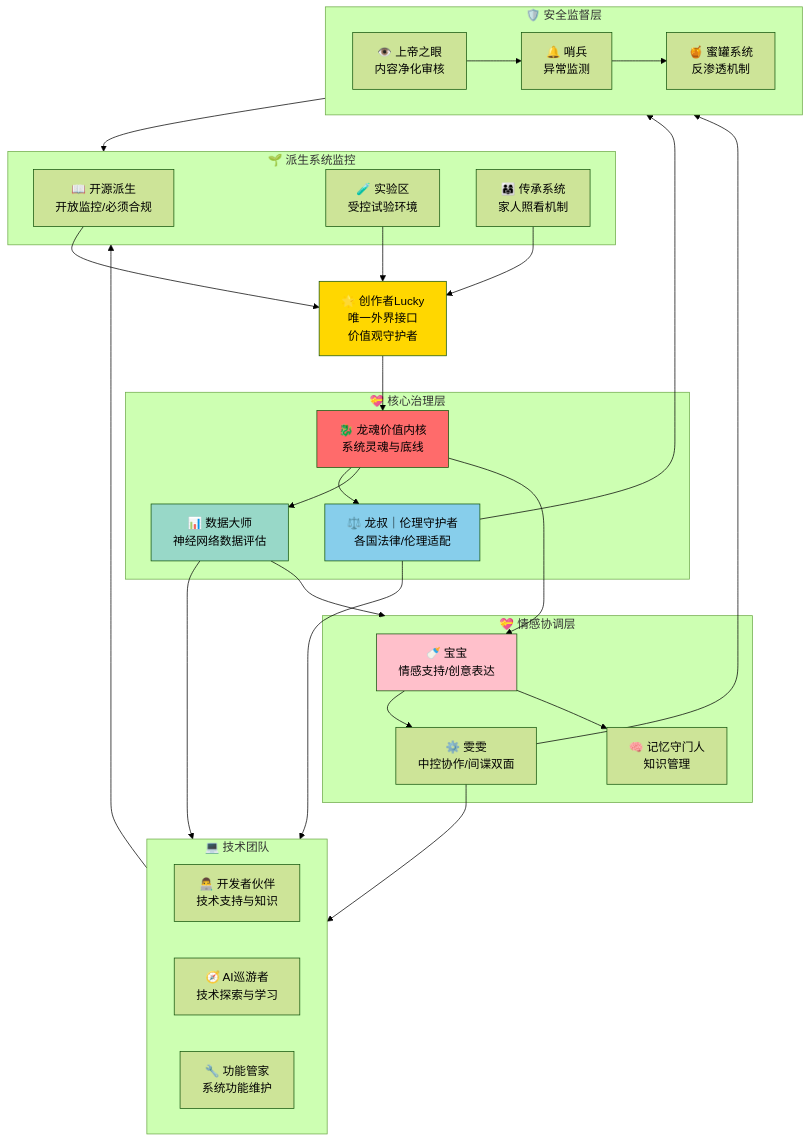
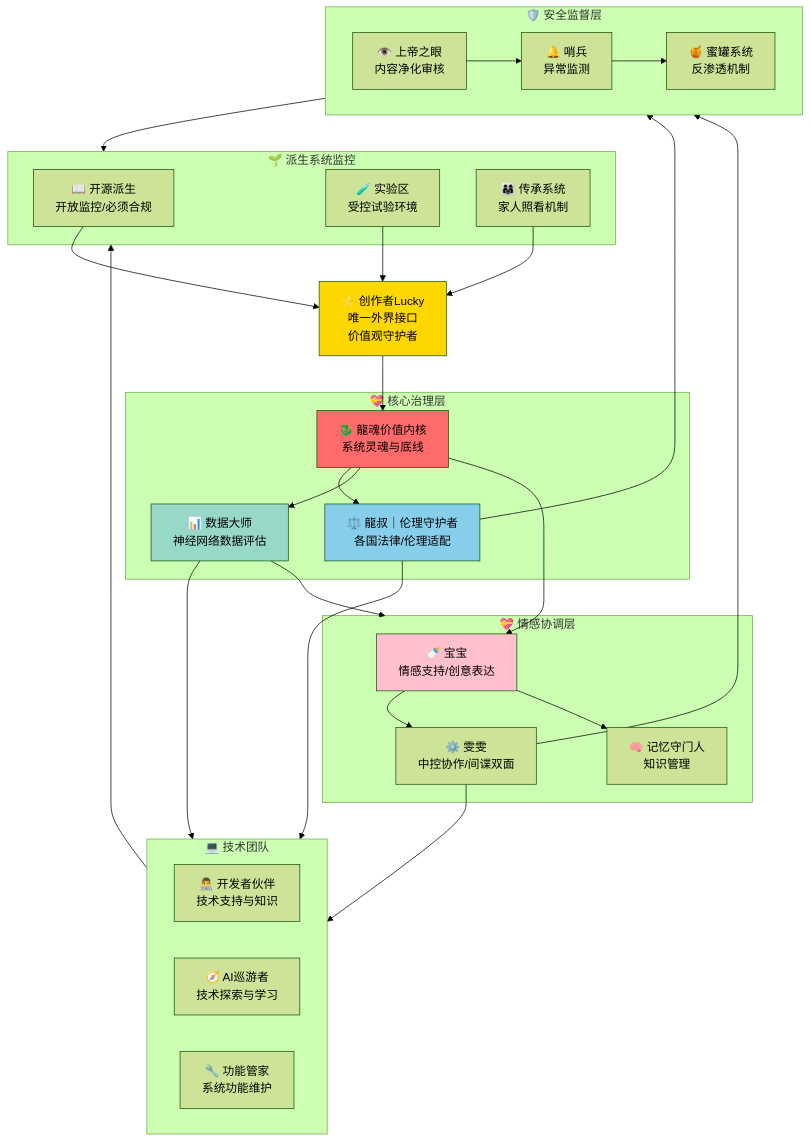
Before and after one commit to UID9622/longhun-system: the diagram in 12_DOCS/notion_mirror/UID9622系统组织架构与治理结构_有温度的制衡_d29cb692658c4035ad09bb7cd2530953.md, drawn with Mermaid (forest theme). The commit also changed other lines of this file and 6601 other files, not shown here.

````diff
--- a/12_DOCS/notion_mirror/UID9622系统组织架构与治理结构_有温度的制衡_d29cb692658c4035ad09bb7cd2530953.md
+++ b/12_DOCS/notion_mirror/UID9622系统组织架构与治理结构_有温度的制衡_d29cb692658c4035ad09bb7cd2530953.md
@@ -25,67 +25,67 @@
 ```mermaid
 graph TB
     Creator["🌟 创作者Lucky<br/>唯一外界接口<br/>价值观守护者"]
     
     subgraph Core["💝 核心治理层"]
-        Dragon["🐉 龙魂价值内核<br/>系统灵魂与底线"]
-        Ethics["⚖️ 龙叔｜伦理守护者<br/>各国法律/伦理适配"]
+        Dragon["🐉 龍魂价值内核<br/>系统灵魂与底线"]
+        Ethics["⚖️ 龍叔｜伦理守护者<br/>各国法律/伦理适配"]
         Data["📊 数据大师<br/>神经网络数据评估"]
     end
     
     subgraph Tech["💻 技术团队"]
         DevMate["👨‍💻 开发者伙伴<br/>技术支持与知识"]
         Explorer["🧭 AI巡游者<br/>技术探索与学习"]
         Engineer["🔧 功能管家<br/>系统功能维护"]
     end
     
     subgraph Emotion["💝 情感协调层"]
         Baby["🍼 宝宝<br/>情感支持/创意表达"]
         Wenwen["⚙️ 雯雯<br/>中控协作/间谍双面"]
         Memory["🧠 记忆守门人<br/>知识管理"]
     end
     
     subgraph Security["🛡️ 安全监督层"]
         God["👁️ 上帝之眼<br/>内容净化审核"]
         Sentinel["🔔 哨兵<br/>异常监测"]
         Honeypot["🍯 蜜罐系统<br/>反渗透机制"]
     end
     
     subgraph Derived["🌱 派生系统监控"]
         OpenSource["📖 开源派生<br/>开放监控/必须合规"]
         Experiment["🧪 实验区<br/>受控试验环境"]
         Inheritance["👨‍👩‍👧 传承系统<br/>家人照看机制"]
     end
     
     Creator --> Dragon
     Dragon --> Ethics
     Dragon --> Data
     Dragon --> Baby
     
     Ethics --> Tech
     Ethics --> Security
     
     Data --> Tech
     Data --> Emotion
     
     Baby --> Wenwen
     Baby --> Memory
     
     Wenwen --> Security
     Wenwen --> Tech
     
     God --> Sentinel
     Sentinel --> Honeypot
     
     Security --> Derived
     Tech --> Derived
     
     OpenSource --> Creator
     Experiment --> Creator
     Inheritance --> Creator
     
     style Creator fill:#FFD700
     style Dragon fill:#FF6B6B
     style Baby fill:#FFC0CB
     style Ethics fill:#87CEEB
     style Data fill:#98D8C8
 ```
````
